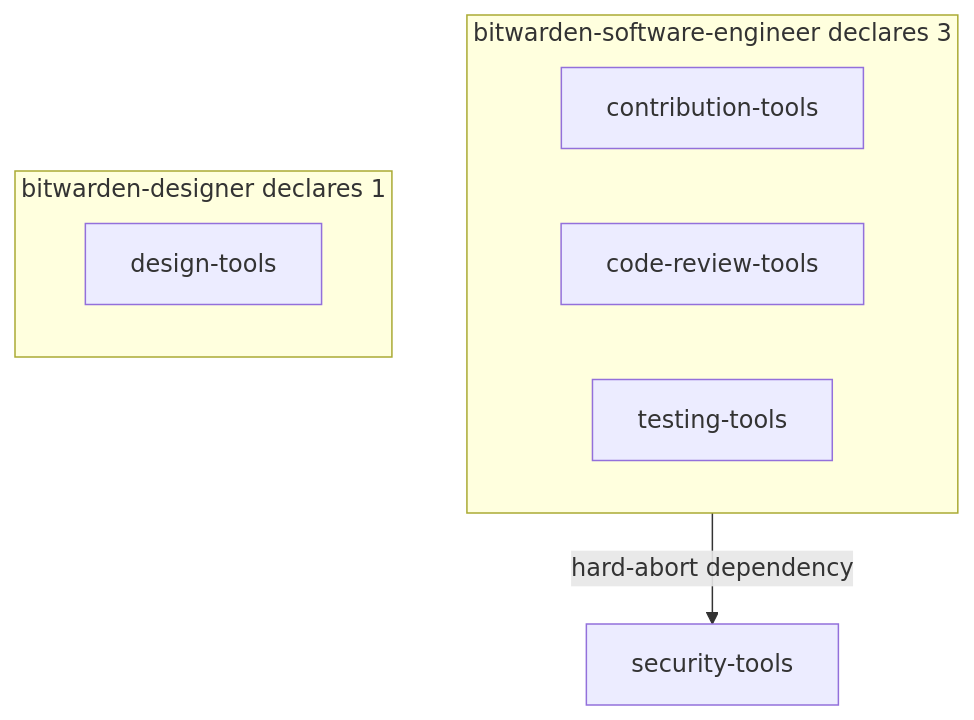
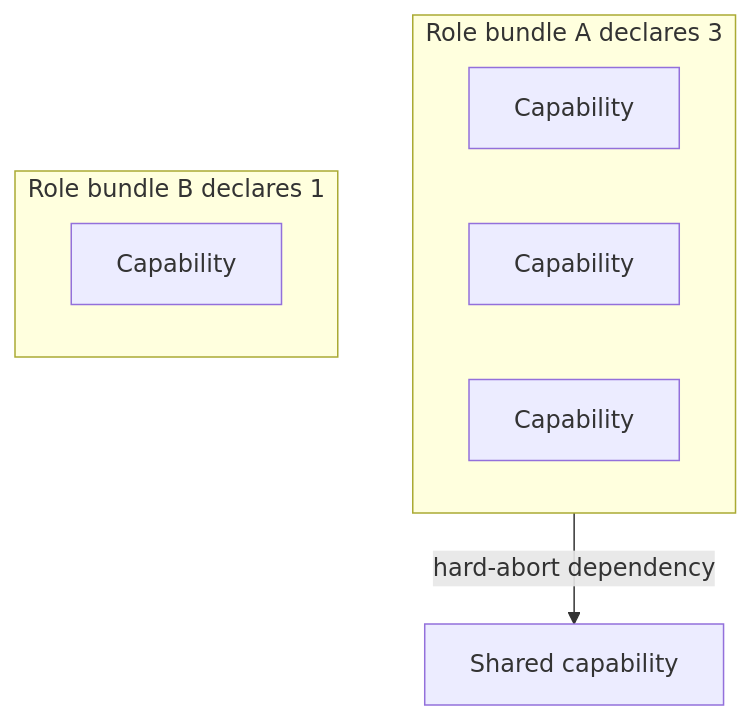
One commit to bitwarden/contributing-docs changed the fourth of 5 diagrams in docs/architecture/adr/0035-adopt-ai-plugin-taxonomy.md. Above: the diagram before and after it, drawn with Mermaid. The commit also changed other lines of this file, not shown here.

````diff
--- a/docs/architecture/adr/0035-adopt-ai-plugin-taxonomy.md
+++ b/docs/architecture/adr/0035-adopt-ai-plugin-taxonomy.md
@@ -144,14 +139,14 @@
   ```mermaid
   flowchart TB
-      subgraph SWE["bitwarden-software-engineer declares 3"]
+      subgraph R1["Role bundle A declares 3"]
           direction LR
-          ct["contribution-tools"]
-          crt["code-review-tools"]
-          tt["testing-tools"]
+          cap1["Capability"]
+          cap2["Capability"]
+          cap3["Capability"]
       end
-      crt -->|hard-abort dependency| st["security-tools"]
+      cap2 -->|hard-abort dependency| st["Shared capability"]
 
-      subgraph DES["bitwarden-designer declares 1"]
-          dt["design-tools"]
+      subgraph R2["Role bundle B declares 1"]
+          cap4["Capability"]
       end
   ```
````
